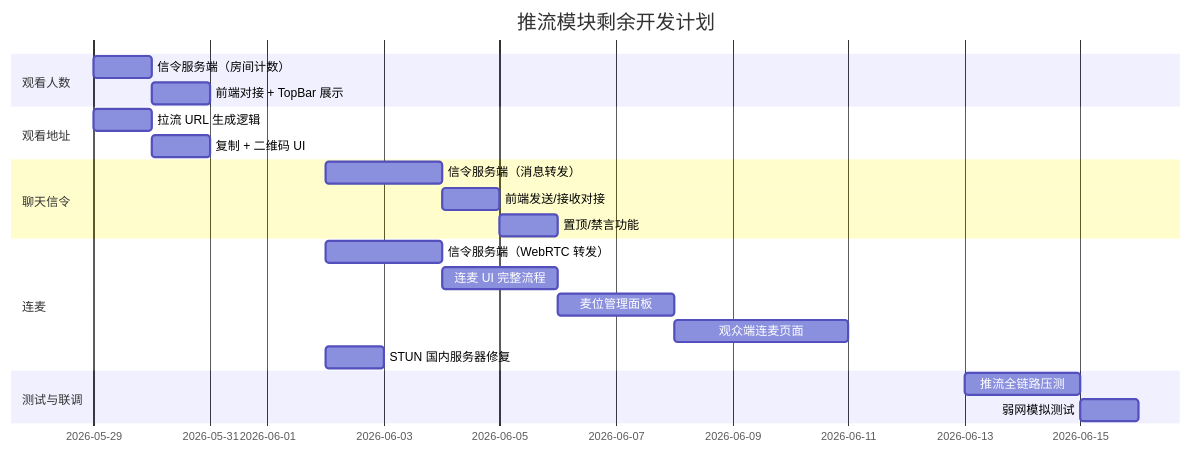
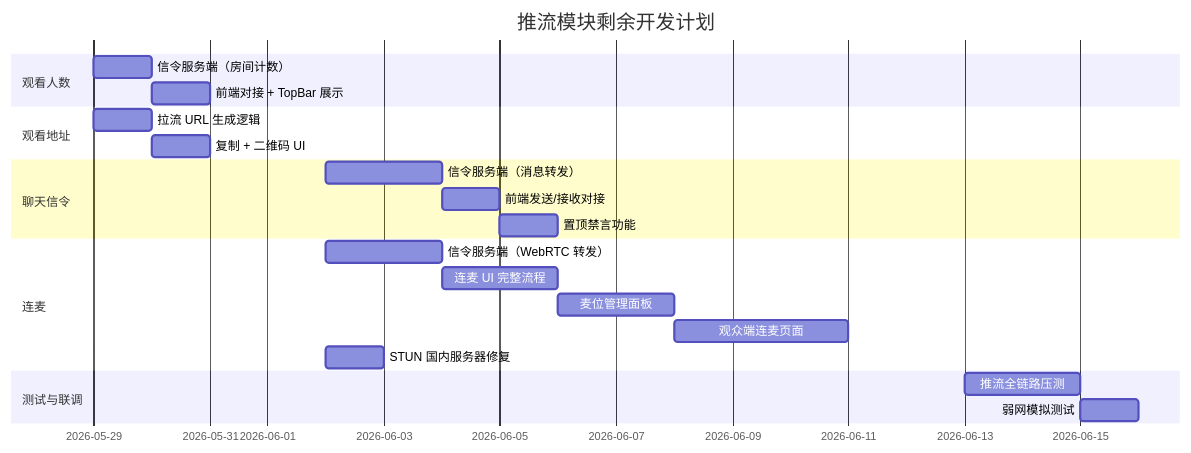
Diagram 15 of 15 in docs/progress-report-streaming-module.md (fancrystal/liveWebH5), drawn with Mermaid before and after one commit. The commit also changed other lines of this file, not shown here.

Commit message:
docs: 修复汇报文档中所有 Mermaid 语法错误

````diff
--- a/docs/progress-report-streaming-module.md
+++ b/docs/progress-report-streaming-module.md
@@ -492,28 +493,28 @@
 ```mermaid
 gantt
     title 推流模块剩余开发计划
     dateFormat  YYYY-MM-DD
     section 观看人数
     信令服务端（房间计数）     :a1, 2026-05-29, 1d
     前端对接 + TopBar 展示     :a2, after a1, 1d
 
     section 观看地址
-    拉流 URL 生成逻辑          :b1, 2026-05-29, 0.5d
+    拉流 URL 生成逻辑          :b1, 2026-05-29, 1d
     复制 + 二维码 UI           :b2, after b1, 1d
 
     section 聊天信令
     信令服务端（消息转发）      :c1, 2026-06-02, 2d
     前端发送/接收对接           :c2, after c1, 1d
-    置顶/禁言功能               :c3, after c2, 1d
+    置顶禁言功能                :c3, after c2, 1d
 
     section 连麦
     信令服务端（WebRTC 转发）   :d1, 2026-06-02, 2d
     连麦 UI 完整流程            :d2, after d1, 2d
-    麦位管理面板                :d3, after d2, 1.5d
+    麦位管理面板                :d3, after d2, 2d
     观众端连麦页面              :d4, after d3, 3d
-    STUN 国内服务器修复         :d5, 2026-06-02, 0.5d
+    STUN 国内服务器修复         :d5, 2026-06-02, 1d
 
     section 测试与联调
     推流全链路压测              :e1, 2026-06-13, 2d
     弱网模拟测试                :e2, after e1, 1d
 ```
````
